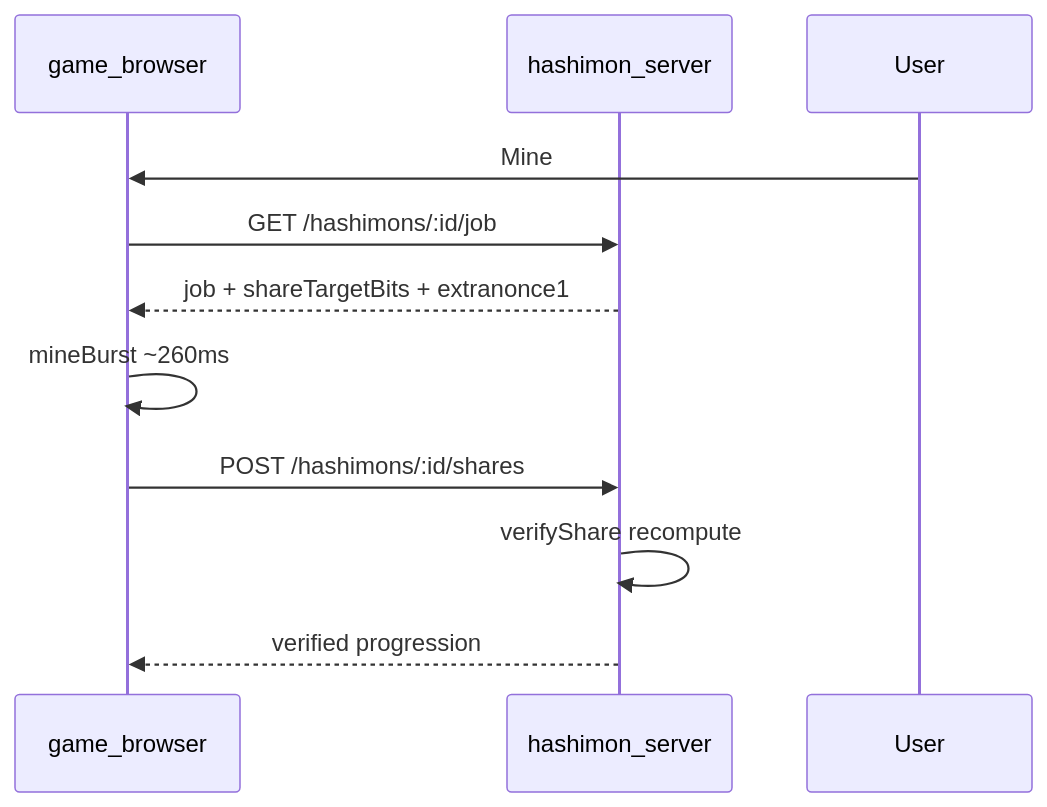
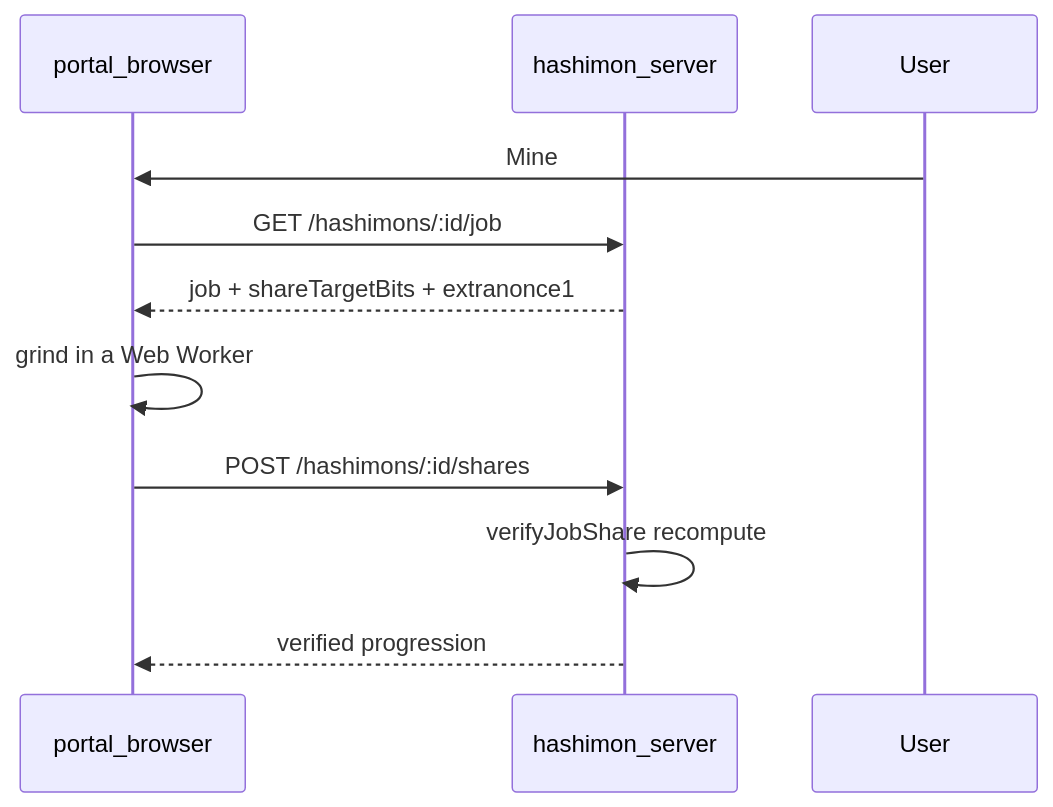
The diagram in docs/HASHIMON-RABBIT-POW.md (HansLove/HashimonServer), drawn with Mermaid before and after one commit. The commit also changed other lines of this file and 23 other files, not shown here.

````diff
--- a/docs/HASHIMON-RABBIT-POW.md
+++ b/docs/HASHIMON-RABBIT-POW.md
@@ -32,12 +32,12 @@
 ```mermaid
 sequenceDiagram
-  participant Game as game_browser
+  participant Game as portal_browser
   participant HS as hashimon_server
   User->>Game: Mine
   Game->>HS: GET /hashimons/:id/job
   HS-->>Game: job + shareTargetBits + extranonce1
-  Game->>Game: mineBurst ~260ms
+  Game->>Game: grind in a Web Worker
   Game->>HS: POST /hashimons/:id/shares
-  HS->>HS: verifyShare recompute
+  HS->>HS: verifyJobShare recompute
   HS-->>Game: verified progression
 ```
````
